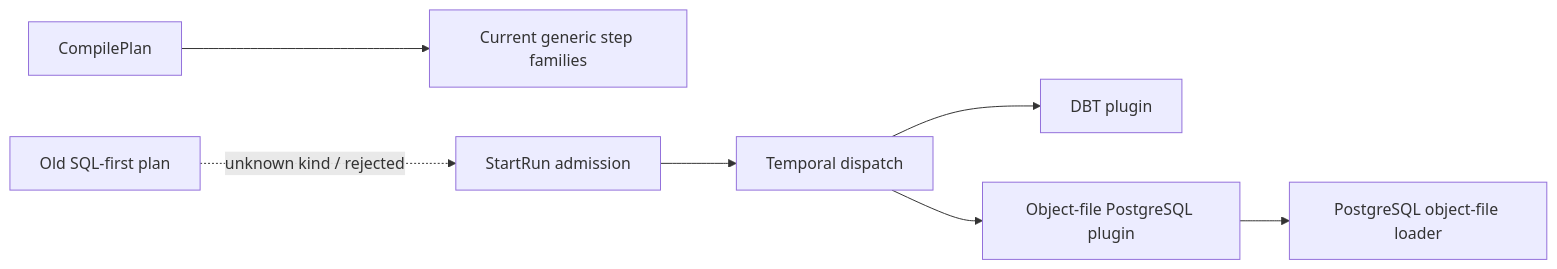
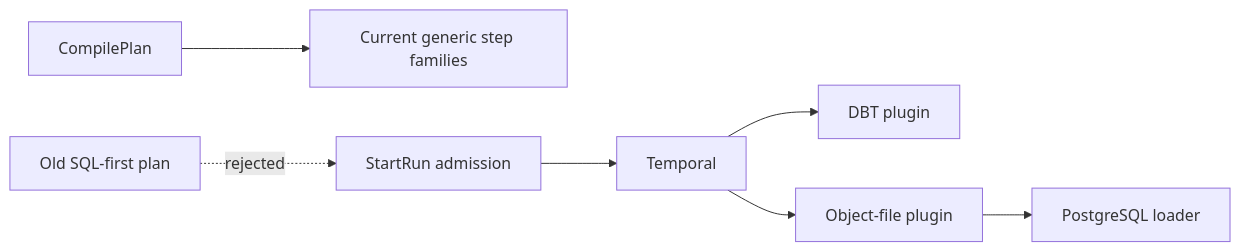
The second of 2 diagrams in docs/planning/proposals/mandatory/runtime-and-contracts/vtx2-runtime-step-hardcut-plan-20260903.md (dunay2/dvt), drawn with Mermaid before and after one commit. The commit also changed other lines of this file, not shown here.

````diff
--- a/docs/planning/proposals/mandatory/runtime-and-contracts/vtx2-runtime-step-hardcut-plan-20260903.md
+++ b/docs/planning/proposals/mandatory/runtime-and-contracts/vtx2-runtime-step-hardcut-plan-20260903.md
@@ -56,9 +52,7 @@
 ```mermaid
 flowchart LR
   Compile[CompilePlan] --> Current[Current generic step families]
-  Old[Old SQL-first plan] -. unknown kind / rejected .-> Admission[StartRun admission]
-  Admission --> Temporal[Temporal dispatch]
-  Temporal --> Dbt[DBT plugin]
-  Temporal --> Object[Object-file PostgreSQL plugin]
-  Object --> Loader[PostgreSQL object-file loader]
+  Old[Old SQL-first plan] -. rejected .-> Admission[StartRun admission]
+  Admission --> Temporal[Temporal] --> Dbt[DBT plugin]
+  Temporal --> Object[Object-file plugin] --> Loader[PostgreSQL loader]
 ```
````
